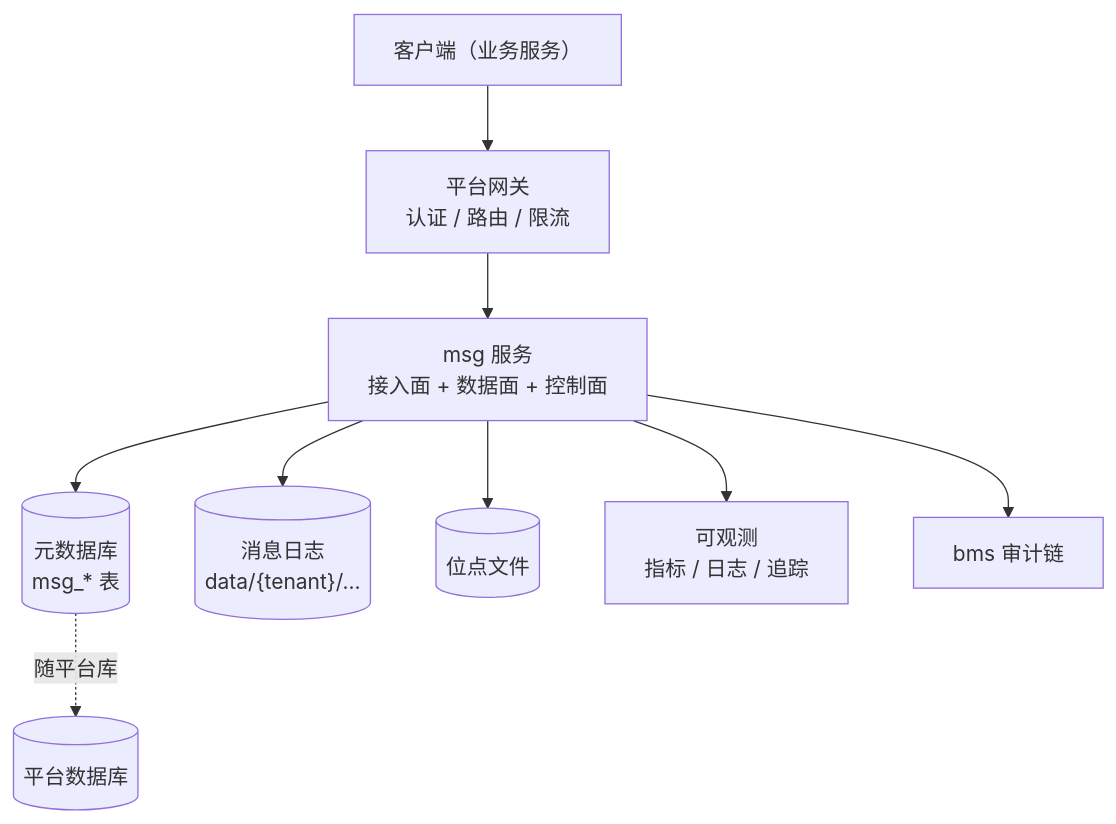
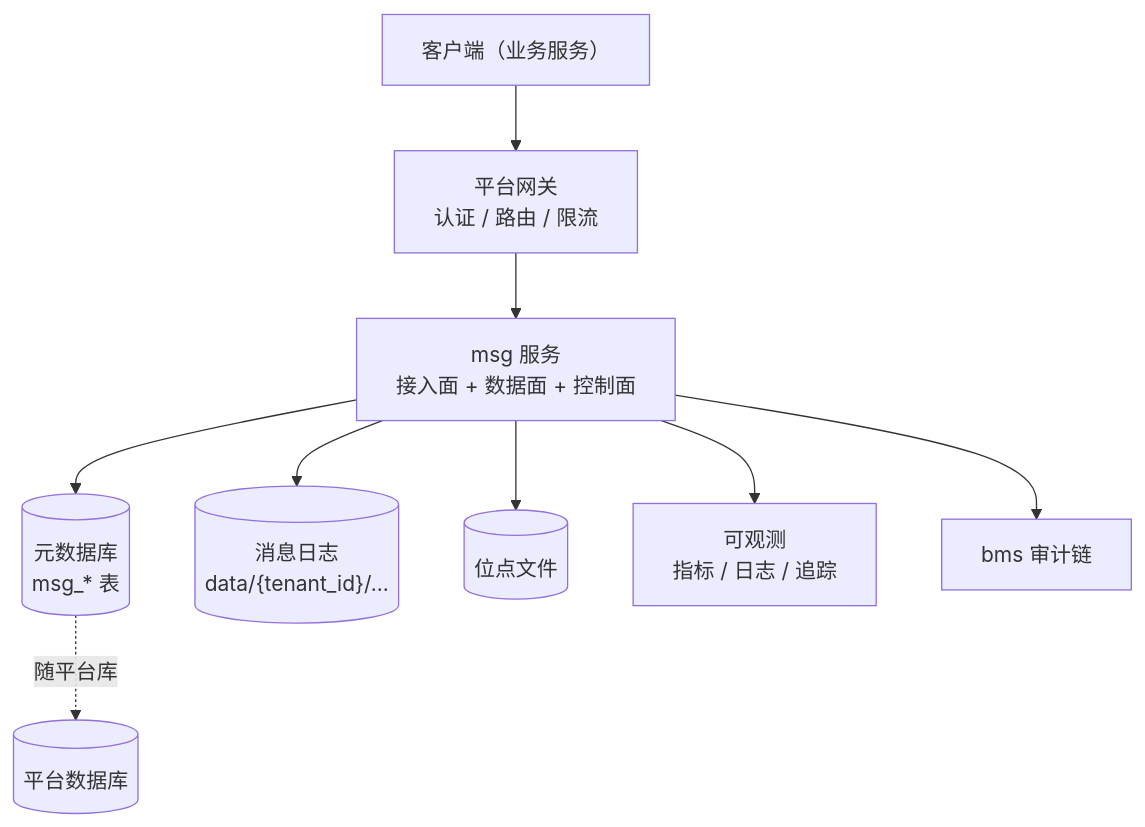
Before and after one commit to minjian123/message-platform: the first of 2 diagrams in msg文档/设计/架构设计/08_架构设计_部署与运维.md, drawn with Mermaid. The commit also changed other lines of this file and 14 other files, not shown here.

````diff
--- a/msg文档/设计/架构设计/08_架构设计_部署与运维.md
+++ b/msg文档/设计/架构设计/08_架构设计_部署与运维.md
@@ -11,11 +11,11 @@
 ```mermaid
 flowchart TB
     U["客户端（业务服务）"] --> GW["平台网关<br/>认证 / 路由 / 限流"]
     GW --> M["msg 服务<br/>接入面 + 数据面 + 控制面"]
     M --> META[("元数据库<br/>msg_* 表")]
-    M --> LOG[("消息日志<br/>data/{tenant}/...")]
+    M --> LOG[("消息日志<br/>data/{tenant_id}/...")]
     M --> OFF[("位点文件")]
     M --> OBS["可观测<br/>指标 / 日志 / 追踪"]
     M --> AUDIT["bms 审计链"]
     META -. "随平台库" .-> DB[("平台数据库")]
 ```
````
